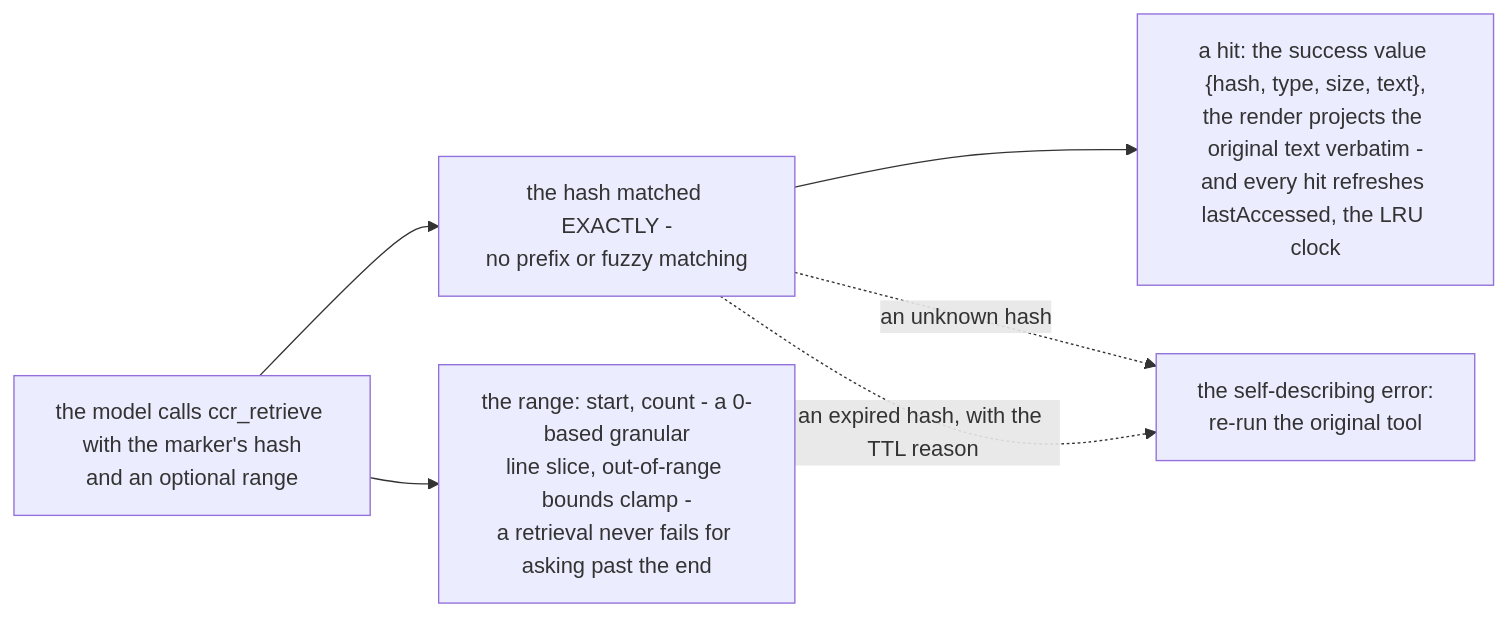
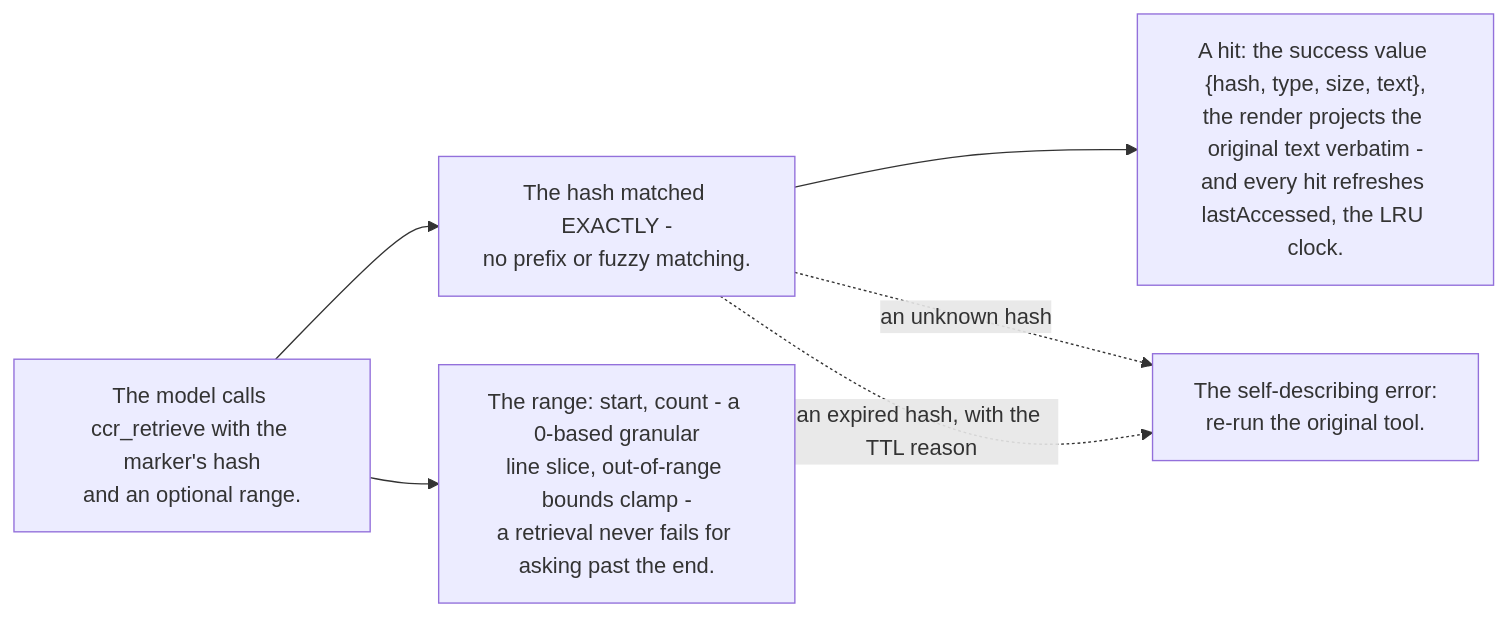
The diagram in Source/Content/Mermaid/ccr-retrieval.mmd (PlayForm/Site-DeepSeek), drawn with Mermaid before and after one commit. The commit also changed 108 other files, not shown here.

```diff
--- a/Source/Content/Mermaid/ccr-retrieval.mmd
+++ b/Source/Content/Mermaid/ccr-retrieval.mmd
@@ -1,6 +1,6 @@
 flowchart LR
-	CALL["the model calls ccr_retrieve with the marker's hash<br/>and an optional range"] --> MATCH["the hash matched EXACTLY -<br/>no prefix or fuzzy matching"]
-	CALL --> RANGE["the range: start, count - a 0-based granular<br/>line slice, out-of-range bounds clamp -<br/>a retrieval never fails for asking past the end"]
-	MATCH --> HIT["a hit: the success value {hash, type, size, text},<br/>the render projects the original text verbatim -<br/>and every hit refreshes lastAccessed, the LRU clock"]
-	MATCH -. "an unknown hash" .-> ERR["the self-describing error:<br/>re-run the original tool"]
+	CALL["The model calls ccr_retrieve with the marker's hash<br/>and an optional range."] --> MATCH["The hash matched EXACTLY -<br/>no prefix or fuzzy matching."]
+	CALL --> RANGE["The range: start, count - a 0-based granular<br/>line slice, out-of-range bounds clamp -<br/>a retrieval never fails for asking past the end."]
+	MATCH --> HIT["A hit: the success value {hash, type, size, text},<br/>the render projects the original text verbatim -<br/>and every hit refreshes lastAccessed, the LRU clock."]
+	MATCH -. "an unknown hash" .-> ERR["The self-describing error:<br/>re-run the original tool."]
 	MATCH -. "an expired hash, with the TTL reason" .-> ERR
```
